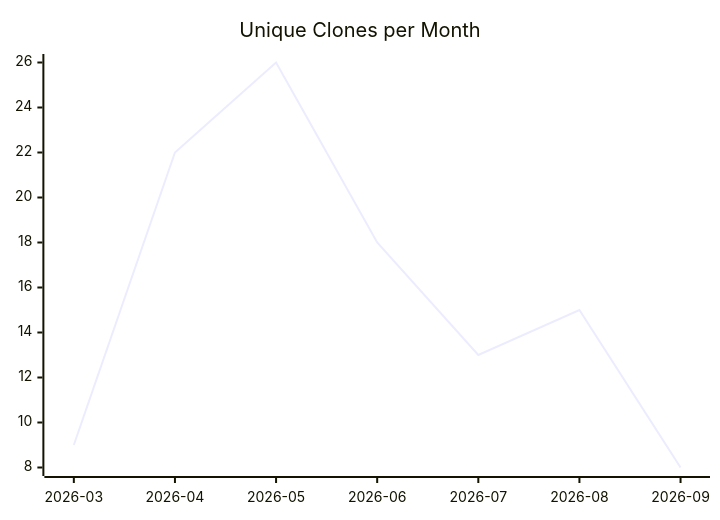
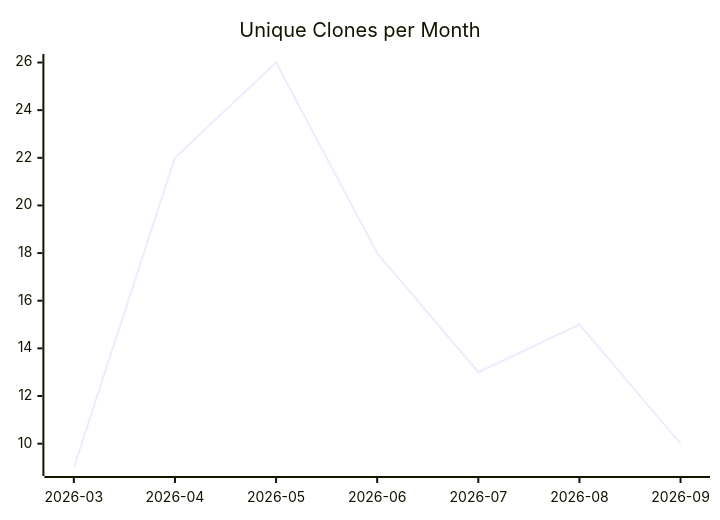
One commit to justdavis-family/github-analytics-data changed the third of 3 diagrams in karlmdavis/lego-ev3dev-rs/README.md. Above: the diagram before and after it, drawn with Mermaid. The commit also changed other lines of this file and 196 other files, not shown here.

````diff
--- a/karlmdavis/lego-ev3dev-rs/README.md
+++ b/karlmdavis/lego-ev3dev-rs/README.md
@@ -19,6 +19,6 @@
 ```mermaid
 xychart-beta
   title "Unique Clones per Month"
   x-axis ["2026-03", "2026-04", "2026-05", "2026-06", "2026-07", "2026-08", "2026-09"]
-  line [9, 22, 26, 18, 13, 15, 8]
+  line [9, 22, 26, 18, 13, 15, 10]
 ```
````
